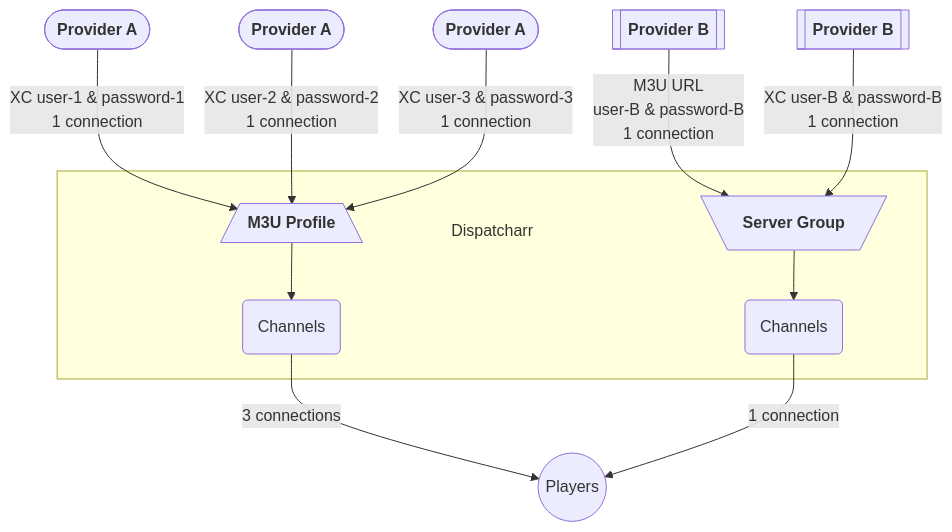
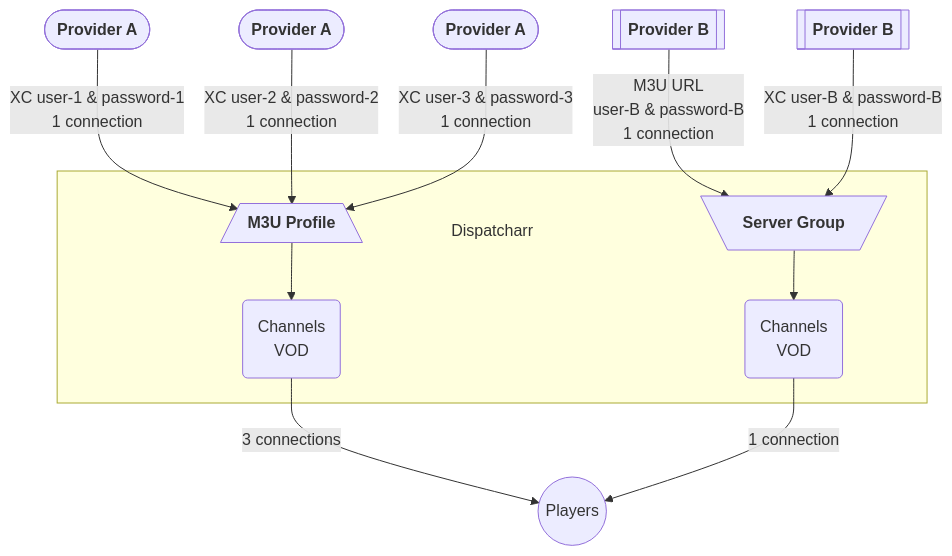
Before and after one commit to Dispatcharr/Dispatcharr-Docs: the diagram in docs/en/m3u-epg-manager.md, drawn with Mermaid.

````diff
--- a/docs/en/m3u-epg-manager.md
+++ b/docs/en/m3u-epg-manager.md
@@ -17,24 +17,24 @@
     ```mermaid
     flowchart TD
     PR1(["`**Provider A**`"]) -->|XC user-1 & password-1
                                   1 connection| MP[/"`**M3U Profile**`"\]
     PR2(["`**Provider A**`"]) -->|XC user-2 & password-2
                                   1 connection| MP
     PR3(["`**Provider A**`"]) -->|XC user-3 & password-3
                                   1 connection| MP
     PRA[["`**Provider B**`"]] -->|M3U URL
                                   user-B & password-B
                                   1 connection| SG[\"`**Server Group**`"/]
     PRA2[["`**Provider B**`"]] -->|XC user-B & password-B
                                  1 connection| SG
     subgraph D["<br/> <br/> Dispatcharr"]
       MP
       CH
       SG
       CH2
     end
-    MP --> CH(Channels)
+    MP --> CH(Channels <br/> VOD)
     CH -->|3 connections| PL((Players))
-    SG --> CH2(Channels)
+    SG --> CH2(Channels <br/> VOD)
     CH2 -->|1 connection| PL
     ```
````
